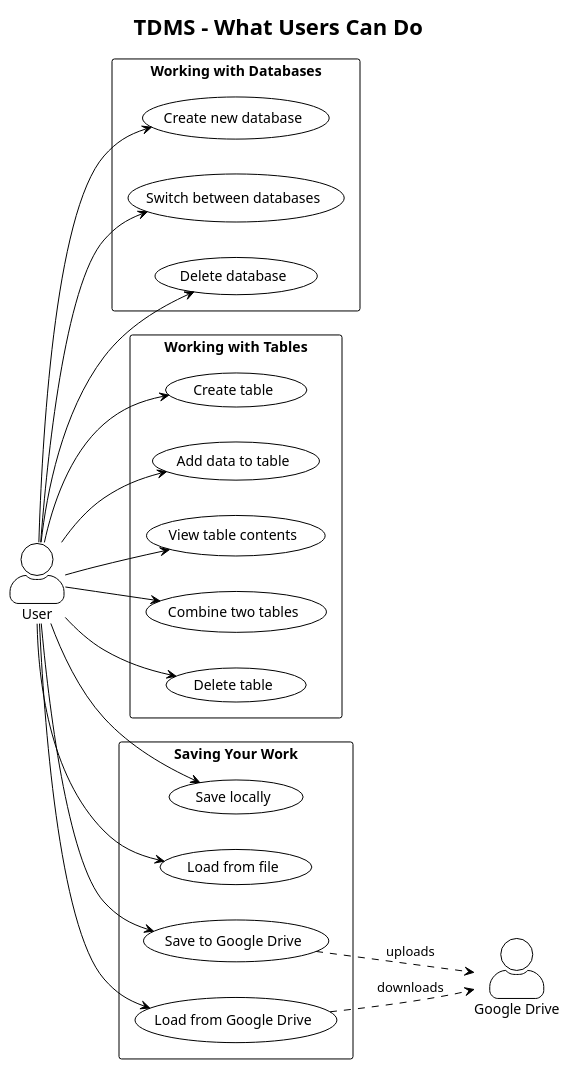
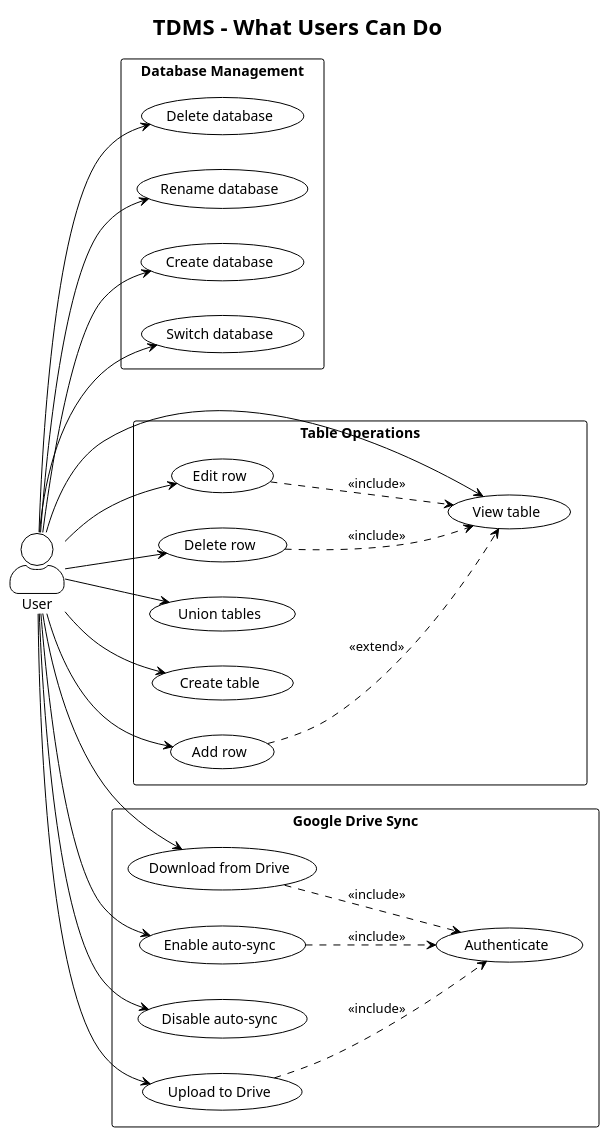
One commit to PavelShpagin/TDMS changed the diagram in UML/01_use_case.puml. Above: the diagram before and after it, drawn with PlantUML. The commit also changed 52 other files, not shown here.

```diff
--- a/UML/01_use_case.puml
+++ b/UML/01_use_case.puml
@@ -1,50 +1,62 @@
 @startuml use_case
 !theme plain
 title TDMS - What Users Can Do
 
 left to right direction
 skinparam actorStyle awesome
 
 actor User
-actor "Google Drive" as GDrive
 
-rectangle "Working with Databases" {
-  usecase "Create new database" as UC1
-  usecase "Switch between databases" as UC2
+rectangle "Database Management" {
+  usecase "Create database" as UC1
+  usecase "Switch database" as UC2
   usecase "Delete database" as UC3
+  usecase "Rename database" as UC4
 }
 
-rectangle "Working with Tables" {
-  usecase "Create table" as UC4
-  usecase "Add data to table" as UC5
-  usecase "View table contents" as UC6
-  usecase "Combine two tables" as UC7
-  usecase "Delete table" as UC8
+rectangle "Table Operations" {
+  usecase "Create table" as UC5
+  usecase "View table" as UC6
+  usecase "Add row" as UC7
+  usecase "Edit row" as UC8
+  usecase "Delete row" as UC9
+  usecase "Union tables" as UC10
 }
 
-rectangle "Saving Your Work" {
-  usecase "Save locally" as UC9
-  usecase "Load from file" as UC10
-  usecase "Save to Google Drive" as UC11
-  usecase "Load from Google Drive" as UC12
+rectangle "Google Drive Sync" {
+  usecase "Authenticate" as UC11
+  usecase "Enable auto-sync" as UC12
+  usecase "Disable auto-sync" as UC13
+  usecase "Upload to Drive" as UC14
+  usecase "Download from Drive" as UC15
 }
 
+' User interactions
 User --> UC1
 User --> UC2
 User --> UC3
 User --> UC4
 User --> UC5
 User --> UC6
 User --> UC7
 User --> UC8
 User --> UC9
 User --> UC10
-User --> UC11
 User --> UC12
+User --> UC13
+User --> UC14
+User --> UC15
 
-UC11 ..> GDrive : uploads
-UC12 ..> GDrive : downloads
+' Include relationships (mandatory prerequisite)
+UC12 ..> UC11 : <<include>>
+UC14 ..> UC11 : <<include>>
+UC15 ..> UC11 : <<include>>
+UC8 ..> UC6 : <<include>>
+UC9 ..> UC6 : <<include>>
+
+' Extend relationships (optional behavior)
+UC7 ..> UC6 : <<extend>>
 
 
 
 @enduml
```
